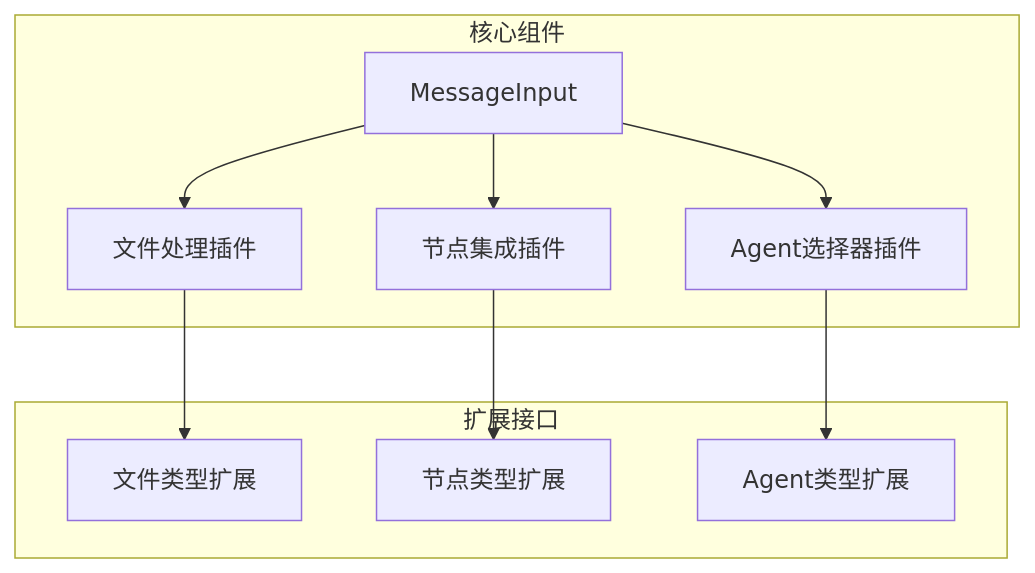
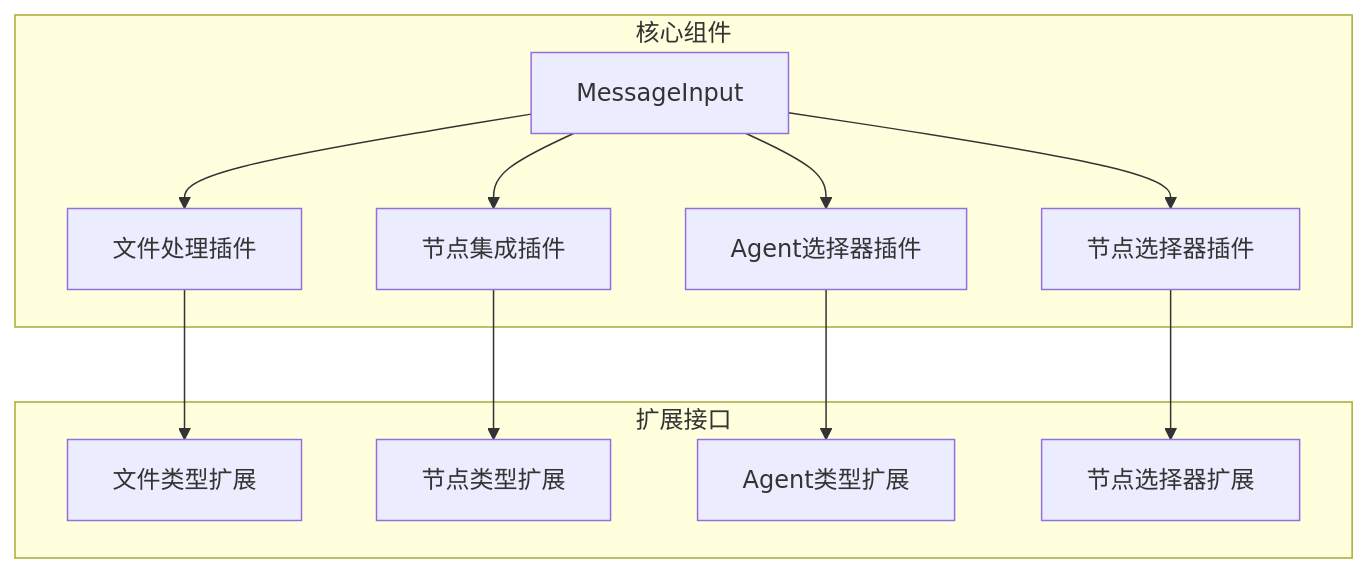
One commit to KunLabAI/KunFlix changed diagram 12 of 12 in .qoder/repowiki/zh/content/前端组件系统/AI助手组件/输入组件/增强的消息输入组件.md. Above: the diagram before and after it, drawn with Mermaid. The commit also changed other lines of this file and 12 other files, not shown here.

````diff
--- a/.qoder/repowiki/zh/content/前端组件系统/AI助手组件/输入组件/增强的消息输入组件.md
+++ b/.qoder/repowiki/zh/content/前端组件系统/AI助手组件/输入组件/增强的消息输入组件.md
@@ -448,16 +503,19 @@
 ```mermaid
 graph TB
 subgraph "核心组件"
 A[MessageInput] --> B[文件处理插件]
 A --> C[节点集成插件]
 A --> D[Agent选择器插件]
+A --> E[节点选择器插件]
 end
 subgraph "扩展接口"
-E[文件类型扩展]
-F[节点类型扩展]
-G[Agent类型扩展]
+F[文件类型扩展]
+G[节点类型扩展]
+H[Agent类型扩展]
+I[节点选择器扩展]
 end
-B --> E
-C --> F
-D --> G
+B --> F
+C --> G
+D --> H
+E --> I
 ```
````
